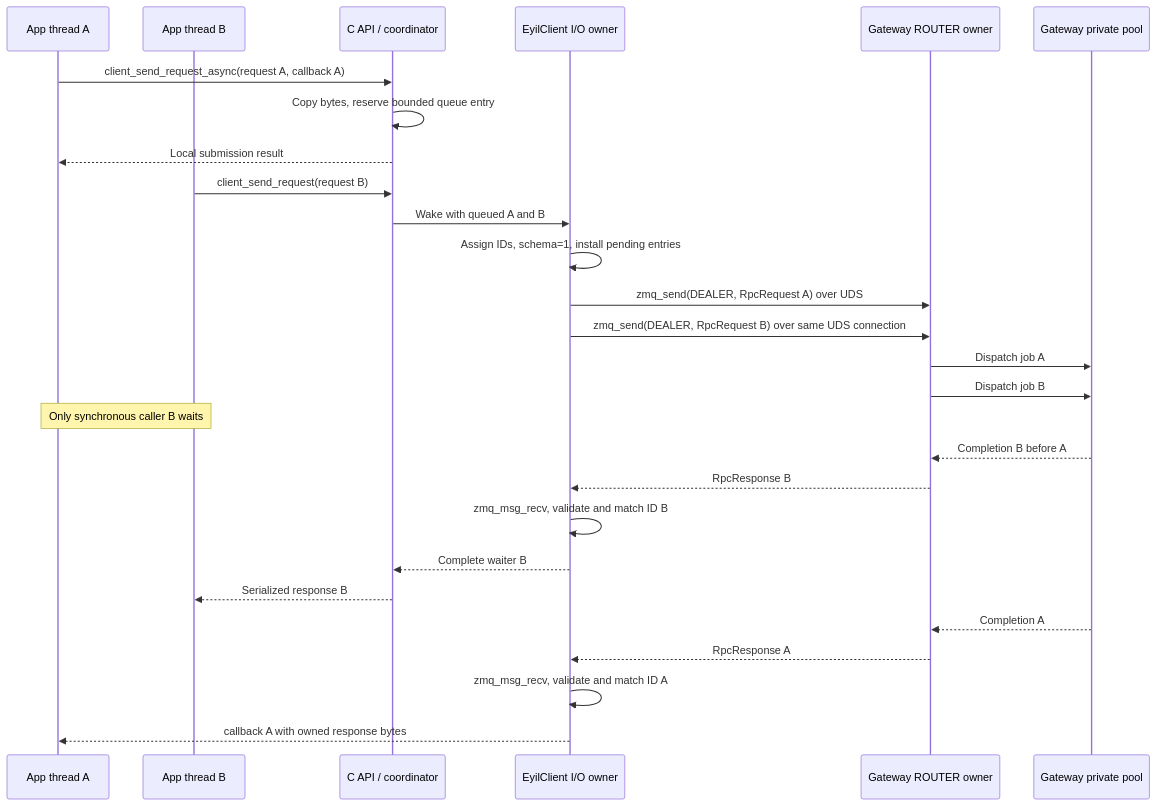
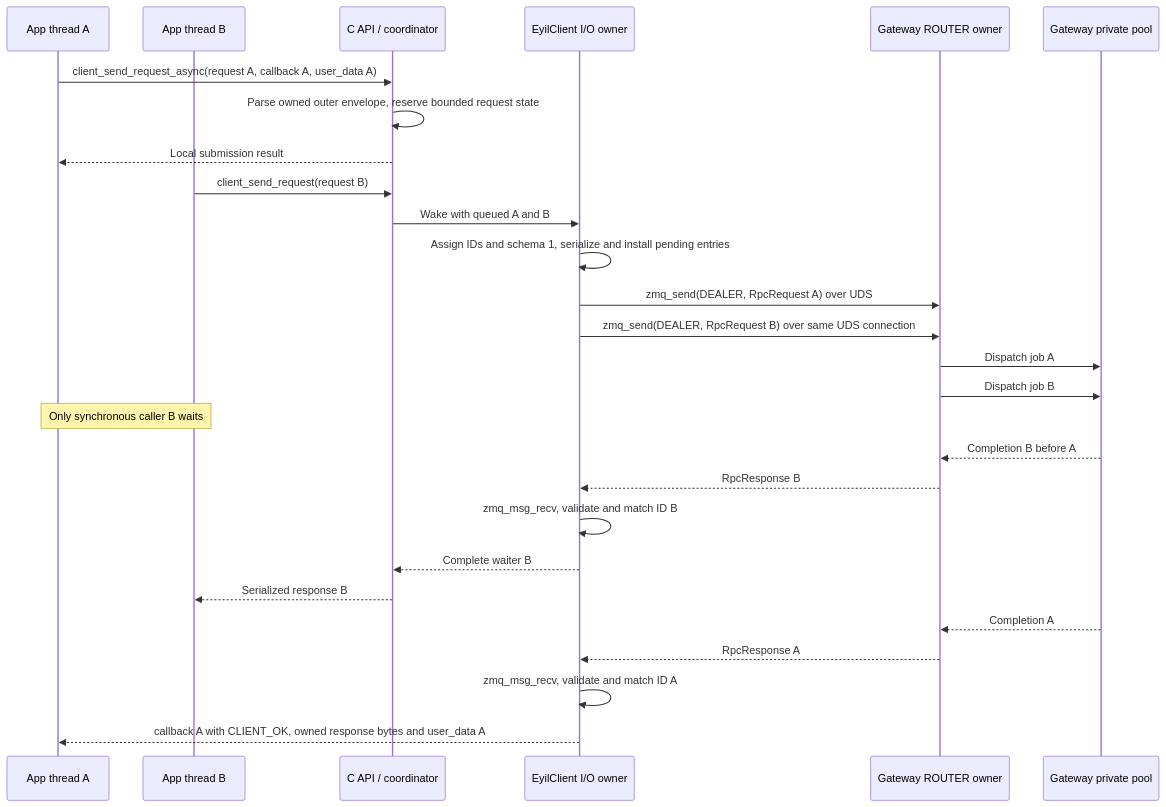
The third of 29 diagrams in doc/EyilSecureGateway.md (rdkcentral/eyil-secure-gateway), drawn with Mermaid before and after one commit. The commit also changed other lines of this file, not shown here.

````diff
--- a/doc/EyilSecureGateway.md
+++ b/doc/EyilSecureGateway.md
@@ -495,29 +689,29 @@
 ```mermaid
 sequenceDiagram
     participant A as App thread A
     participant B as App thread B
     participant API as C API / coordinator
     participant IO as EyilClient I/O owner
     participant GW as Gateway ROUTER owner
     participant W as Gateway private pool
-    A->>API: client_send_request_async(request A, callback A)
-    API->>API: Copy bytes, reserve bounded queue entry
+    A->>API: client_send_request_async(request A, callback A, user_data A)
+    API->>API: Parse owned outer envelope, reserve bounded request state
     API-->>A: Local submission result
     B->>API: client_send_request(request B)
     API->>IO: Wake with queued A and B
-    IO->>IO: Assign IDs, schema=1, install pending entries
+    IO->>IO: Assign IDs and schema 1, serialize and install pending entries
     IO->>GW: zmq_send(DEALER, RpcRequest A) over UDS
     IO->>GW: zmq_send(DEALER, RpcRequest B) over same UDS connection
     GW->>W: Dispatch job A
     GW->>W: Dispatch job B
     Note over A,B: Only synchronous caller B waits
     W-->>GW: Completion B before A
     GW-->>IO: RpcResponse B
     IO->>IO: zmq_msg_recv, validate and match ID B
     IO-->>API: Complete waiter B
     API-->>B: Serialized response B
     W-->>GW: Completion A
     GW-->>IO: RpcResponse A
     IO->>IO: zmq_msg_recv, validate and match ID A
-    IO-->>A: callback A with owned response bytes
+    IO-->>A: callback A with CLIENT_OK, owned response bytes and user_data A
 ```
````
